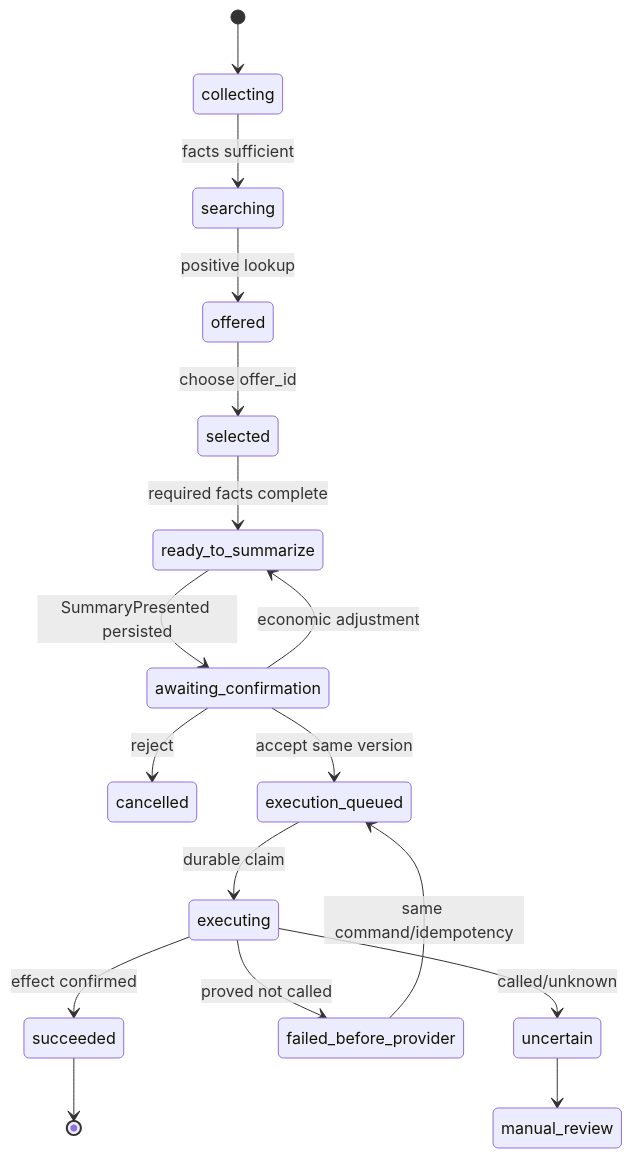
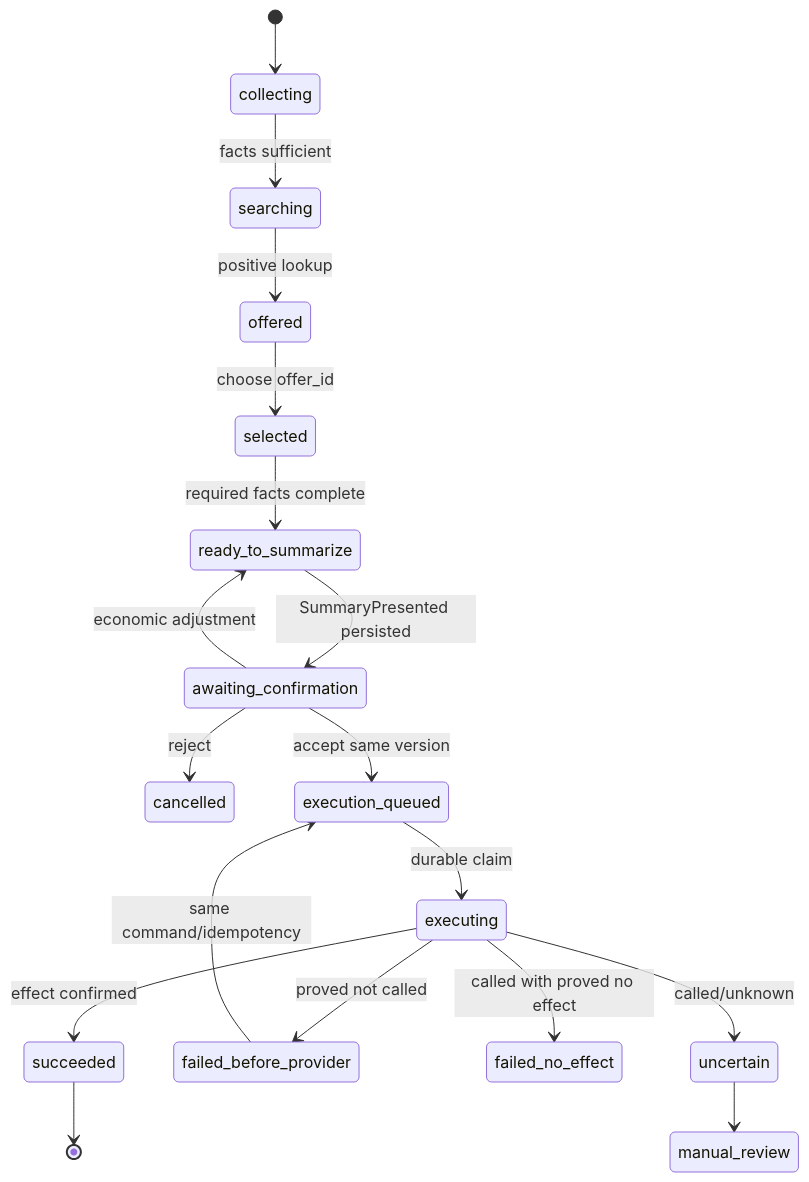
One commit to carlosesl1/agente-v2 changed the second of 2 diagrams in docs/refactor/03-target-architecture.md. Above: the diagram before and after it, drawn with Mermaid. The commit also changed other lines of this file and 30 other files, not shown here.

````diff
--- a/docs/refactor/03-target-architecture.md
+++ b/docs/refactor/03-target-architecture.md
@@ -138,19 +140,20 @@
 ```mermaid
 stateDiagram-v2
     [*] --> collecting
     collecting --> searching: facts sufficient
     searching --> offered: positive lookup
     offered --> selected: choose offer_id
     selected --> ready_to_summarize: required facts complete
     ready_to_summarize --> awaiting_confirmation: SummaryPresented persisted
     awaiting_confirmation --> ready_to_summarize: economic adjustment
     awaiting_confirmation --> cancelled: reject
     awaiting_confirmation --> execution_queued: accept same version
     execution_queued --> executing: durable claim
     executing --> succeeded: effect confirmed
     executing --> failed_before_provider: proved not called
+    executing --> failed_no_effect: called with proved no effect
     executing --> uncertain: called/unknown
     failed_before_provider --> execution_queued: same command/idempotency
     uncertain --> manual_review
     succeeded --> [*]
 ```
````
